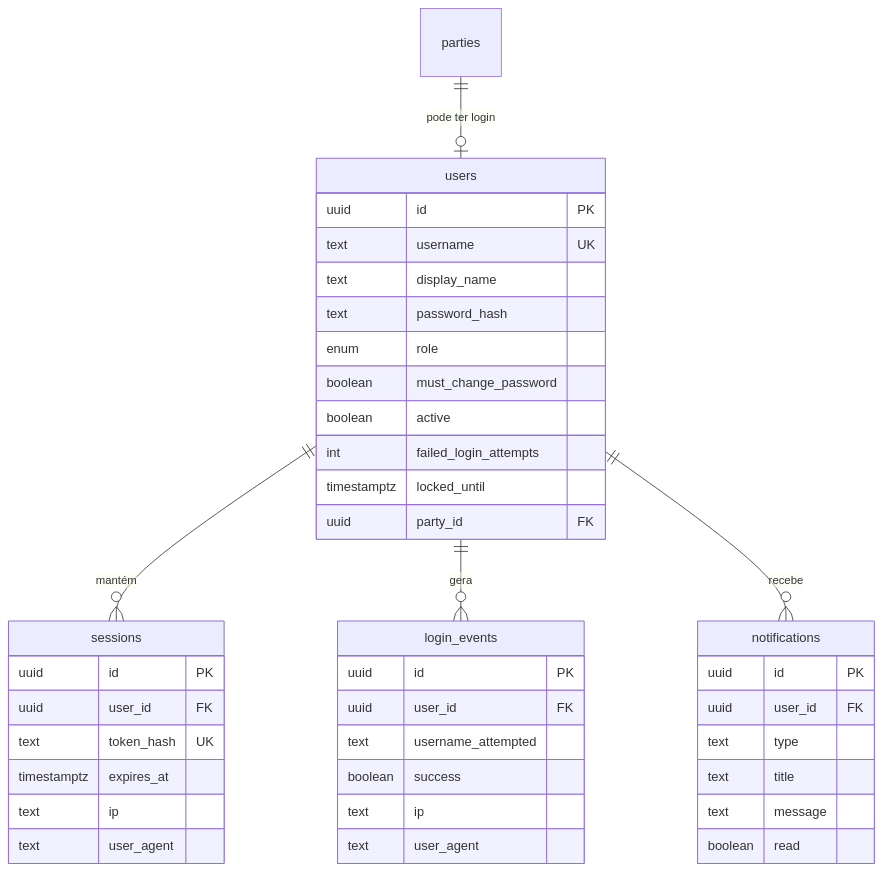
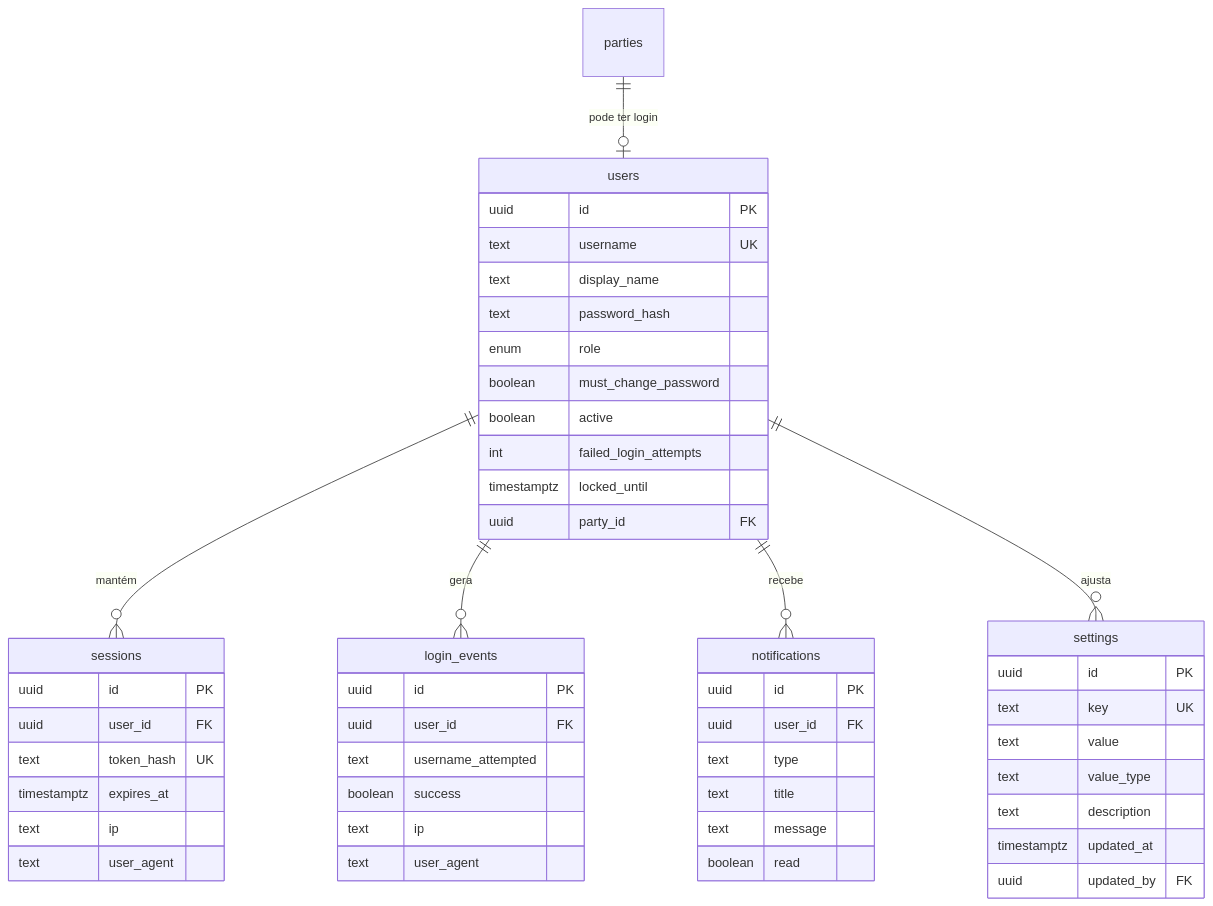
The second of 6 diagrams in docs/engenharia/C-modelagem/C6-modelo-entidade-relacionamento.md (JoaoMudar/mudar), drawn with Mermaid before and after one commit. The commit also changed other lines of this file and 103 other files, not shown here.

````diff
--- a/docs/engenharia/C-modelagem/C6-modelo-entidade-relacionamento.md
+++ b/docs/engenharia/C-modelagem/C6-modelo-entidade-relacionamento.md
@@ -158,44 +175,55 @@
 ```mermaid
 erDiagram
   users {
     uuid    id PK
     text    username UK
     text    display_name
     text    password_hash
     enum    role
     boolean must_change_password
     boolean active
     int     failed_login_attempts
     timestamptz locked_until
     uuid    party_id FK
   }
   sessions {
     uuid id PK
     uuid user_id FK
     text token_hash UK
     timestamptz expires_at
     text ip
     text user_agent
   }
   login_events {
     uuid id PK
     uuid user_id FK
     text username_attempted
     boolean success
     text ip
     text user_agent
   }
   notifications {
     uuid id PK
     uuid user_id FK
     text type
     text title
     text message
     boolean read
   }
 
+  settings {
+    uuid id PK
+    text key UK
+    text value
+    text value_type
+    text description
+    timestamptz updated_at
+    uuid updated_by FK
+  }
+
   users ||--o{ sessions     : "mantém"
   users ||--o{ login_events : "gera"
   users ||--o{ notifications: "recebe"
+  users ||--o{ settings     : "ajusta"
   parties ||--o| users : "pode ter login"
 ```
````
